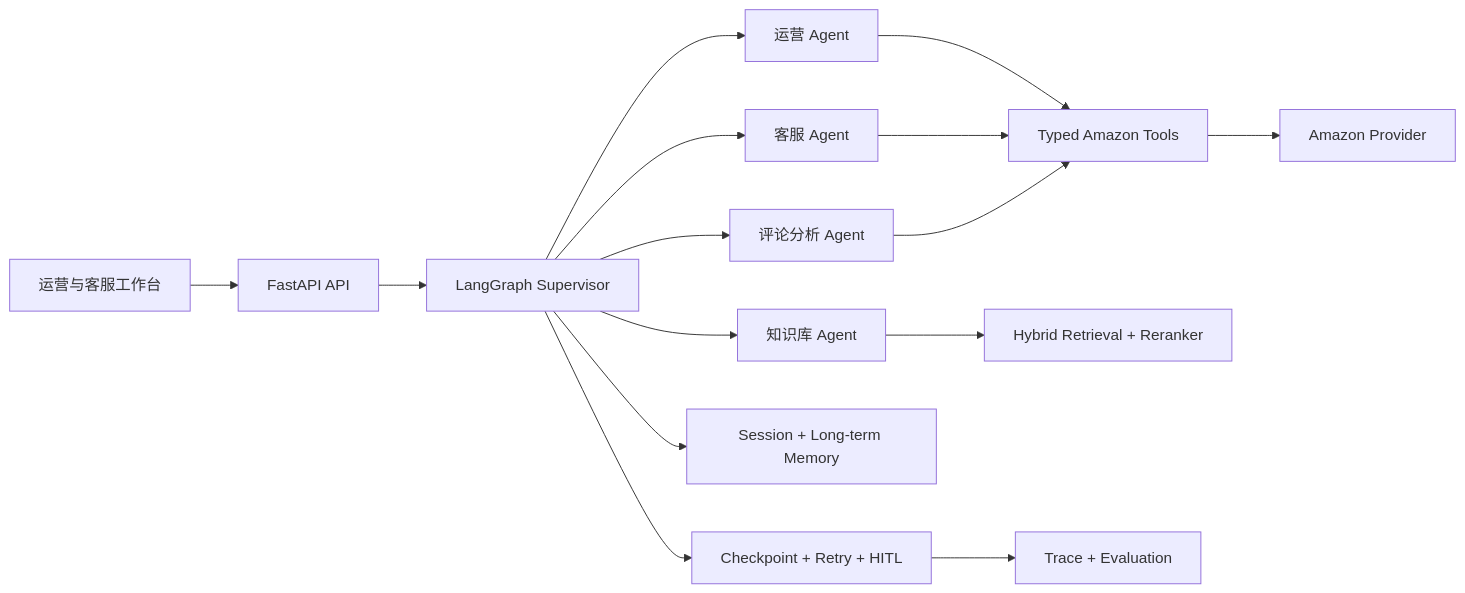
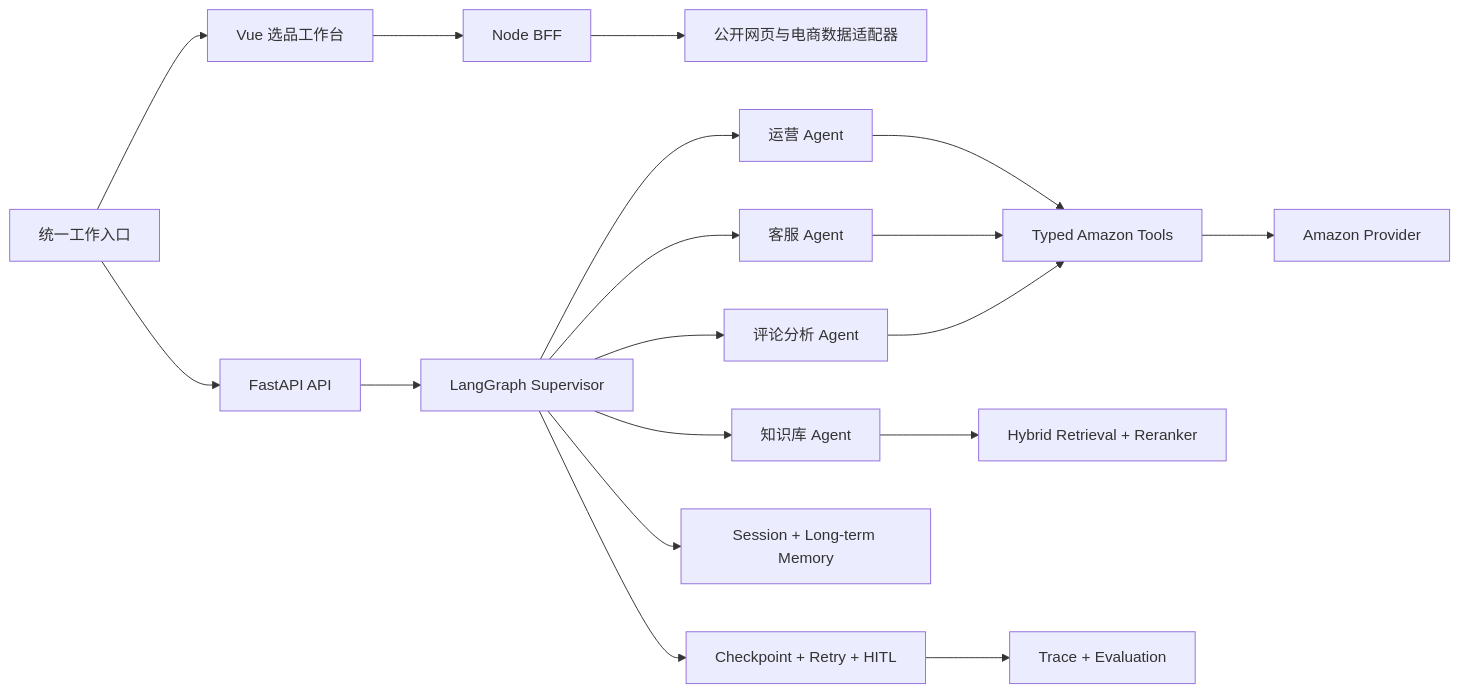
The diagram in README.md (Mc442578/crossborder-nexus), drawn with Mermaid before and after one commit. The commit also changed other lines of this file and 116 other files, not shown here.

````diff
--- a/README.md
+++ b/README.md
@@ -45,17 +46,20 @@
 ```mermaid
 flowchart LR
-    UI[运营与客服工作台] --> API[FastAPI API]
+    UI[统一工作入口] --> API[FastAPI API]
+    UI --> PICK[Vue 选品工作台]
+    PICK --> BFF[Node BFF]
+    BFF --> EXT[公开网页与电商数据适配器]
     API --> S[LangGraph Supervisor]
     S --> O[运营 Agent]
     S --> C[客服 Agent]
     S --> K[知识库 Agent]
     S --> R[评论分析 Agent]
     O --> T[Typed Amazon Tools]
     C --> T
     R --> T
     K --> KB[Hybrid Retrieval + Reranker]
     T --> P[Amazon Provider]
     S --> MEM[Session + Long-term Memory]
     S --> SAFE[Checkpoint + Retry + HITL]
     SAFE --> EVAL[Trace + Evaluation]
 ```
````
